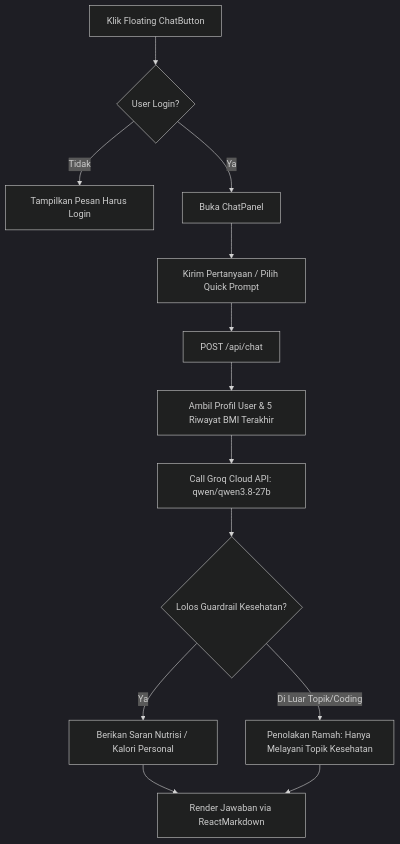
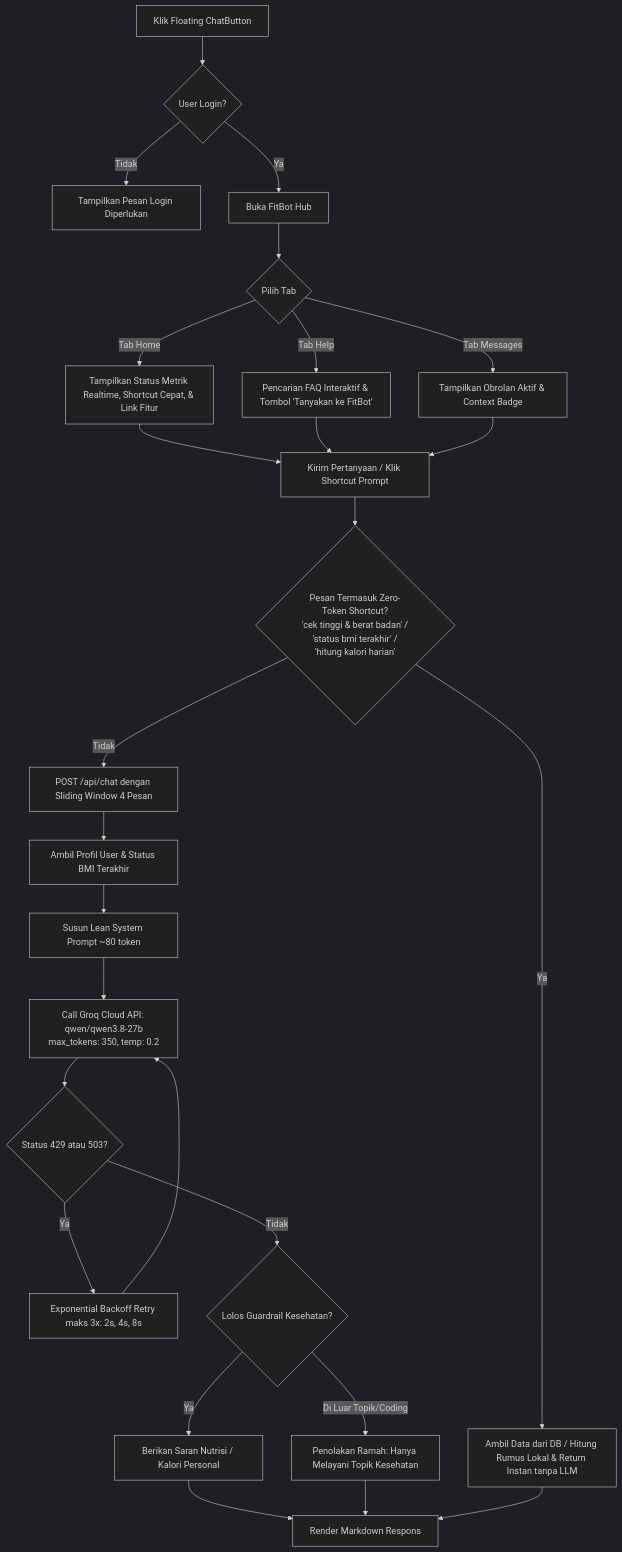
One commit to madsobirin/proyek_3 changed the second of 5 diagrams in docs/PRD.md. Above: the diagram before and after it, drawn with Mermaid (dark theme). The commit also changed other lines of this file, not shown here.

````diff
--- a/docs/PRD.md
+++ b/docs/PRD.md
@@ -78,15 +88,32 @@
 ```mermaid
 flowchart TD
     ChatOpen[Klik Floating ChatButton] --> CheckLogin{User Login?}
-    CheckLogin -->|Tidak| ShowPrompt[Tampilkan Pesan Harus Login]
-    CheckLogin -->|Ya| OpenPanel[Buka ChatPanel]
-    OpenPanel --> UserMsg[Kirim Pertanyaan / Pilih Quick Prompt]
-    UserMsg --> ApiReq[POST /api/chat]
-    ApiReq --> FetchContext[Ambil Profil User & 5 Riwayat BMI Terakhir]
-    FetchContext --> GroqCall[Call Groq Cloud API: qwen/qwen3.8-27b]
-    GroqCall --> GuardCheck{Lolos Guardrail Kesehatan?}
+    CheckLogin -->|Tidak| ShowPrompt[Tampilkan Pesan Login Diperlukan]
+    CheckLogin -->|Ya| OpenPanel[Buka FitBot Hub]
+    OpenPanel --> SelectTab{Pilih Tab}
+    
+    SelectTab -->|Tab Home| HomeView[Tampilkan Status Metrik Realtime, Shortcut Cepat, & Link Fitur]
+    SelectTab -->|Tab Help| HelpView[Pencarian FAQ Interaktif & Tombol 'Tanyakan ke FitBot']
+    SelectTab -->|Tab Messages| ChatView[Tampilkan Obrolan Aktif & Context Badge]
+    
+    HomeView --> UserMsg[Kirim Pertanyaan / Klik Shortcut Prompt]
+    HelpView --> UserMsg
+    ChatView --> UserMsg
+    
+    UserMsg --> CheckShortcut{Pesan Termasuk Zero-Token Shortcut?\n'cek tinggi & berat badan' /\n'status bmi terakhir' /\n'hitung kalori harian'}
+    CheckShortcut -->|Ya| FastDB[Ambil Data dari DB / Hitung Rumus Lokal & Return Instan tanpa LLM]
+    CheckShortcut -->|Tidak| ApiReq[POST /api/chat dengan Sliding Window 4 Pesan]
+    
+    ApiReq --> FetchContext[Ambil Profil User & Status BMI Terakhir]
+    FetchContext --> BuildPrompt[Susun Lean System Prompt ~80 token]
+    BuildPrompt --> GroqCall[Call Groq Cloud API: qwen/qwen3.8-27b\nmax_tokens: 350, temp: 0.2]
+    GroqCall --> RetryCheck{Status 429 atau 503?}
+    RetryCheck -->|Ya| ExpRetry[Exponential Backoff Retry maks 3x: 2s, 4s, 8s]
+    ExpRetry --> GroqCall
+    RetryCheck -->|Tidak| GuardCheck{Lolos Guardrail Kesehatan?}
     GuardCheck -->|Ya| HealthAnswer[Berikan Saran Nutrisi / Kalori Personal]
     GuardCheck -->|Di Luar Topik/Coding| Refusal[Penolakan Ramah: Hanya Melayani Topik Kesehatan]
-    HealthAnswer --> RenderMarkdown[Render Jawaban via ReactMarkdown]
+    HealthAnswer --> RenderMarkdown[Render Markdown Respons]
     Refusal --> RenderMarkdown
+    FastDB --> RenderMarkdown
 ```
````
